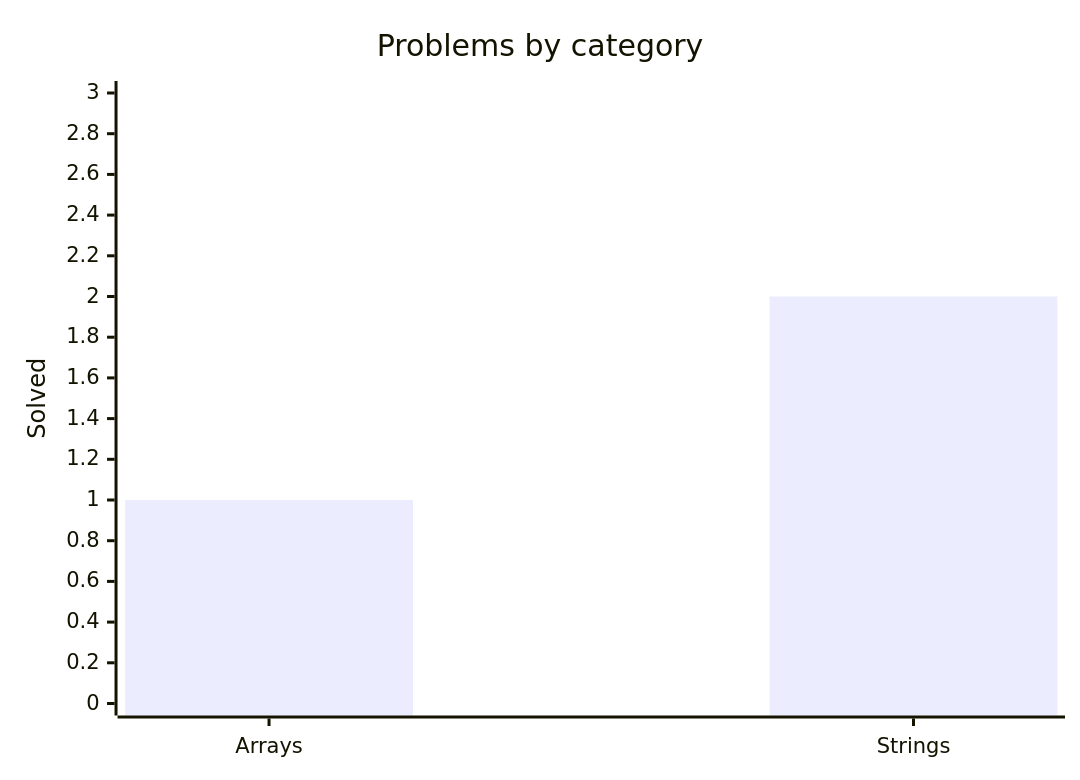
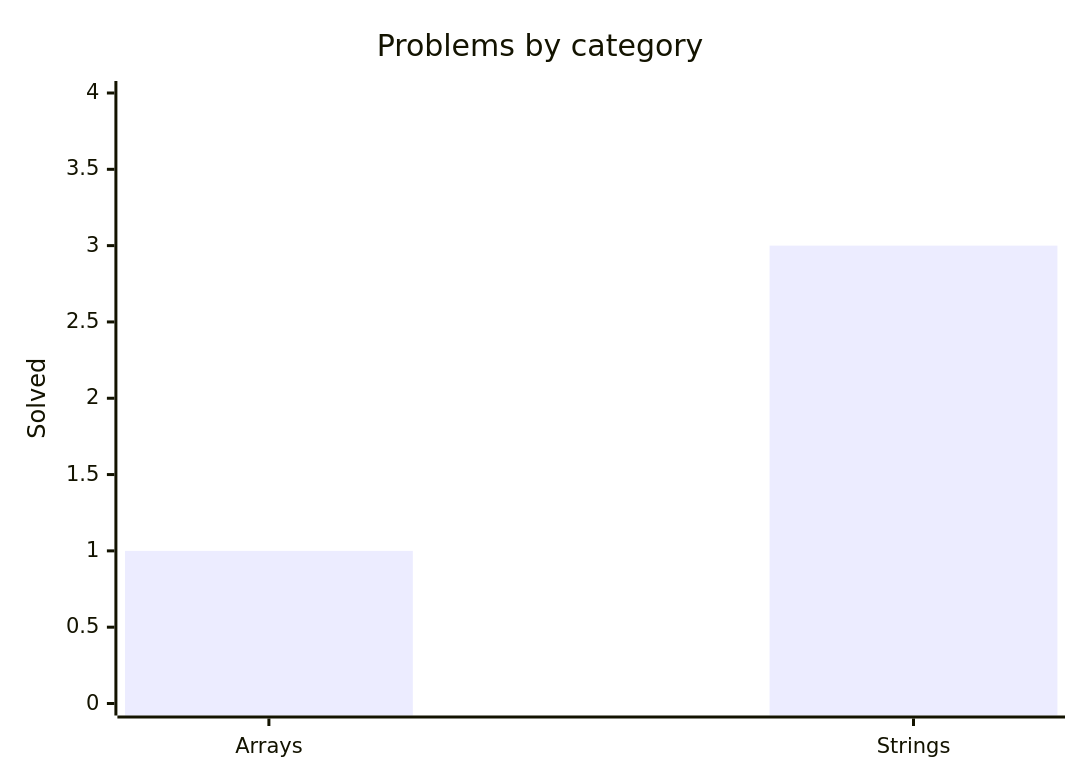
The diagram in README.md (mauli-waghmore/data-structures-algorithms-kotlin), drawn with Mermaid before and after one commit. The commit also changed other lines of this file and 1 other file, not shown here.

````diff
--- a/README.md
+++ b/README.md
@@ -35,8 +35,8 @@
 ```mermaid
 %%{init: {"xyChart": {"plotColorPalette": "#7F52FF"}}}%%
 xychart-beta
     title "Problems by category"
     x-axis ["Arrays", "Strings"]
-    y-axis "Solved" 0 --> 3
-    bar [1, 2]
+    y-axis "Solved" 0 --> 4
+    bar [1, 3]
 ```
````
